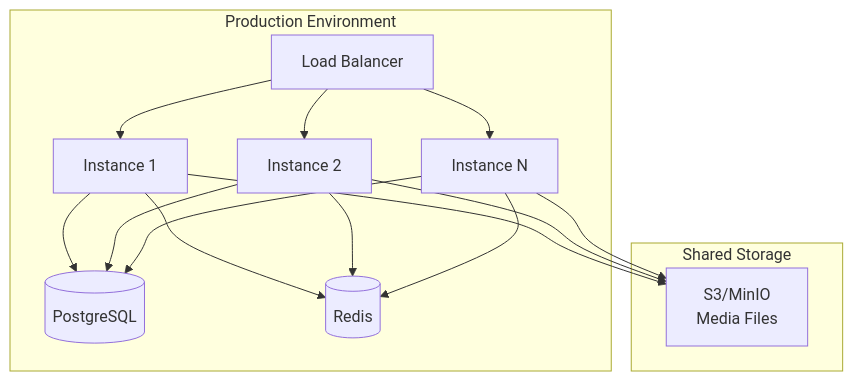
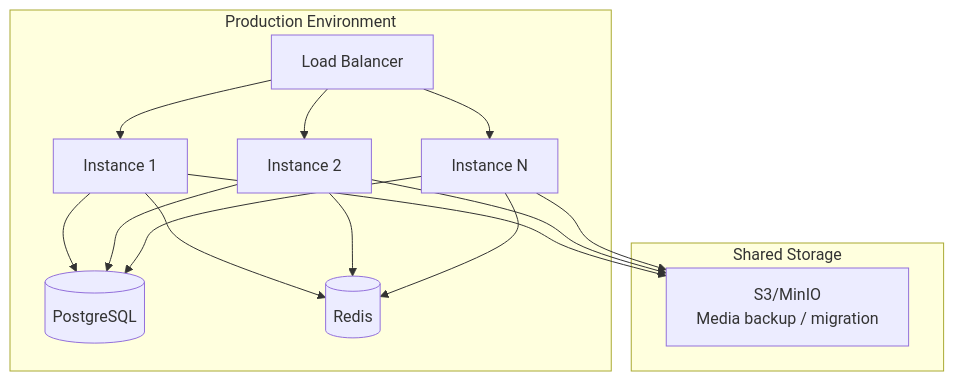
One commit to nourayman21k/OpenWA changed diagram 15 of 24 in docs/03-system-architecture.md. Above: the diagram before and after it, drawn with Mermaid. The commit also changed other lines of this file and 140 other files, not shown here.

````diff
--- a/docs/03-system-architecture.md
+++ b/docs/03-system-architecture.md
@@ -658,24 +658,24 @@
 ```mermaid
 flowchart TB
     subgraph Production["Production Environment"]
         LB[Load Balancer] --> I1[Instance 1]
         LB --> I2[Instance 2]
         LB --> I3[Instance N]
         
         I1 --> DB[(PostgreSQL)]
         I2 --> DB
         I3 --> DB
         
         I1 --> REDIS[(Redis)]
         I2 --> REDIS
         I3 --> REDIS
     end
     
     subgraph Storage["Shared Storage"]
-        S3[S3/MinIO<br/>Media Files]
+        S3[S3/MinIO<br/>Media backup / migration]
     end
     
     I1 --> S3
     I2 --> S3
     I3 --> S3
 ```
````
